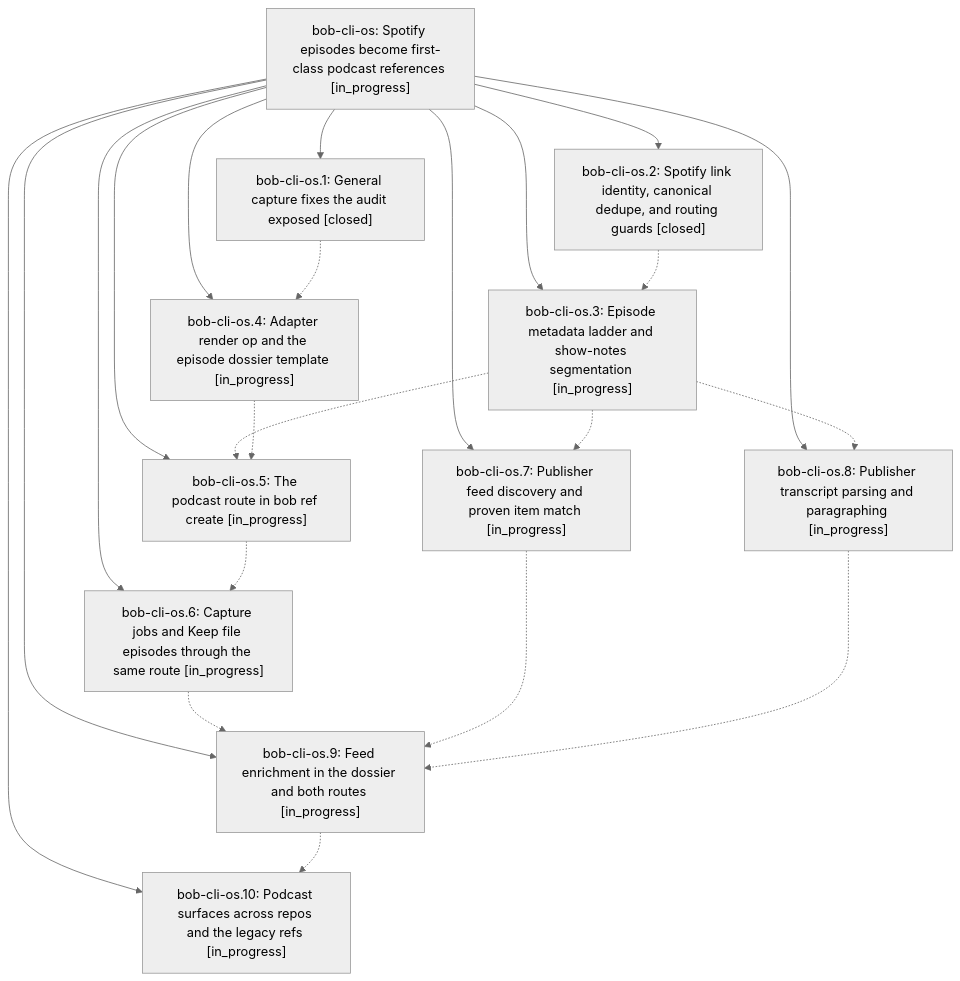
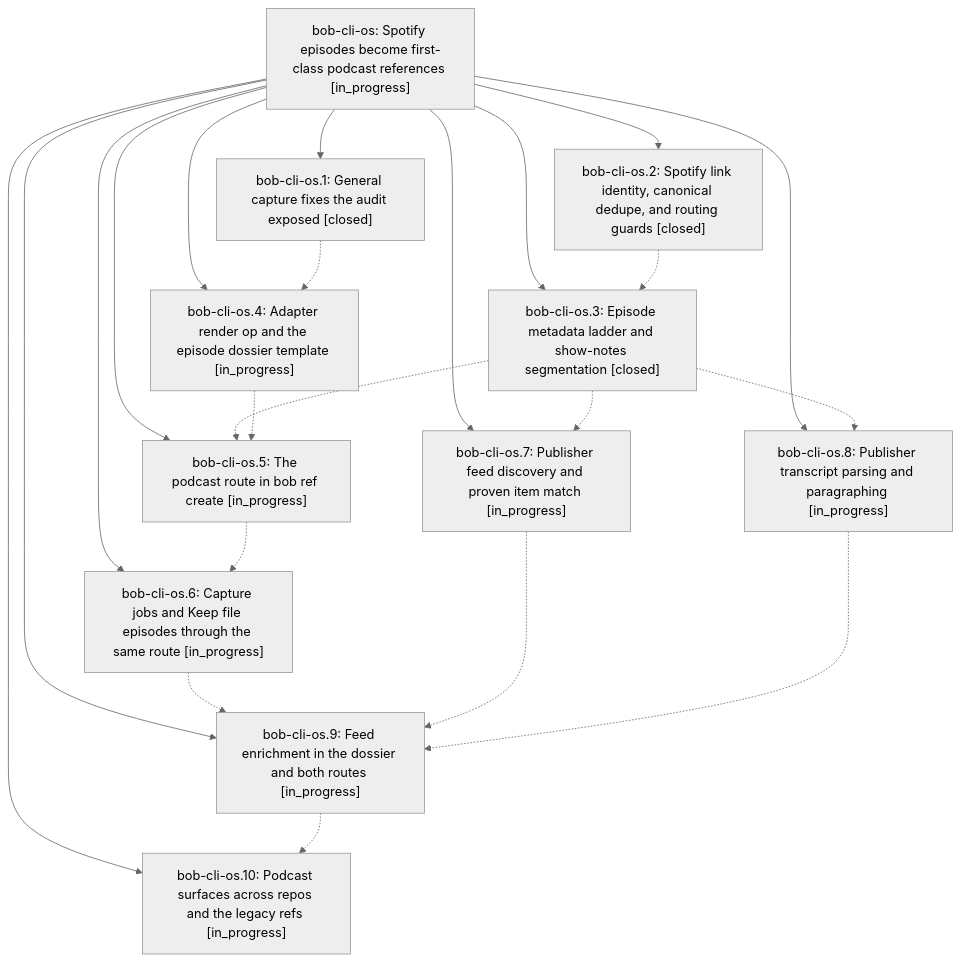
The diagram in pages/bob-cli-os/README.md (bobs-org/bob-cli--beads), drawn with Mermaid (neutral theme) before and after one commit. The commit also changed other lines of this file and 6 other files, not shown here.

First line of the commit message:
chore(beads): sync bead state and pages for bob-cli-os

````diff
--- a/pages/bob-cli-os/README.md
+++ b/pages/bob-cli-os/README.md
@@ -45,35 +45,35 @@
 ```mermaid
 flowchart TD
     n0["bob-cli-os: Spotify episodes become first-class podcast references [in_progress]"]
     n1["bob-cli-os.1: General capture fixes the audit exposed [closed]"]
     n2["bob-cli-os.10: Podcast surfaces across repos and the legacy refs [in_progress]"]
     n3["bob-cli-os.2: Spotify link identity, canonical dedupe, and routing guards [closed]"]
-    n4["bob-cli-os.3: Episode metadata ladder and show-notes segmentation [in_progress]"]
+    n4["bob-cli-os.3: Episode metadata ladder and show-notes segmentation [closed]"]
     n5["bob-cli-os.4: Adapter render op and the episode dossier template [in_progress]"]
     n6["bob-cli-os.5: The podcast route in bob ref create [in_progress]"]
     n7["bob-cli-os.6: Capture jobs and Keep file episodes through the same route [in_progress]"]
     n8["bob-cli-os.7: Publisher feed discovery and proven item match [in_progress]"]
     n9["bob-cli-os.8: Publisher transcript parsing and paragraphing [in_progress]"]
     n10["bob-cli-os.9: Feed enrichment in the dossier and both routes [in_progress]"]
     n0 --> n1
     n0 --> n2
     n0 --> n3
     n0 --> n4
     n0 --> n5
     n0 --> n6
     n0 --> n7
     n0 --> n8
     n0 --> n9
     n0 --> n10
     n1 -.-> n5
     n3 -.-> n4
     n4 -.-> n6
     n4 -.-> n8
     n4 -.-> n9
     n5 -.-> n6
     n6 -.-> n7
     n7 -.-> n10
     n8 -.-> n10
     n9 -.-> n10
     n10 -.-> n2
 ```
````
